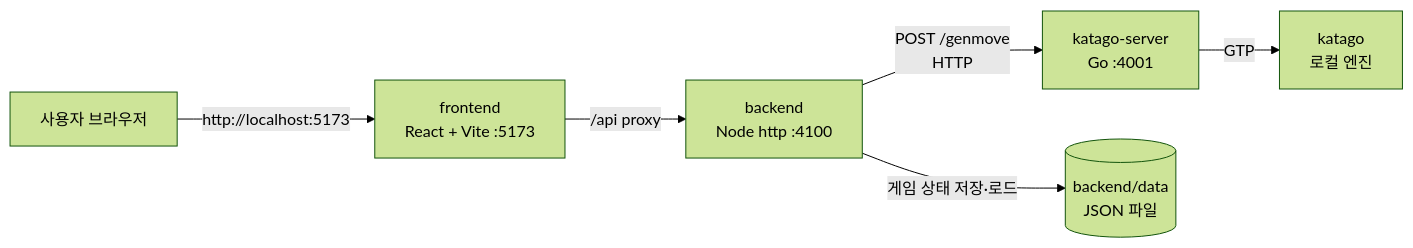
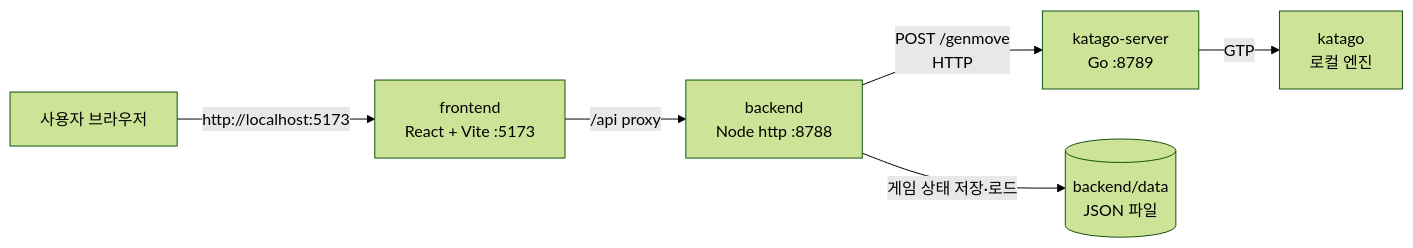
The diagram in README.md (ryujt/play361), drawn with Mermaid (forest theme) before and after one commit. The commit also changed other lines of this file and 6 other files, not shown here.

First line of the commit message:
feat: 루트 run.sh 추가 및 포트 변경(backend 8788 · katago-server 8789)

````diff
--- a/README.md
+++ b/README.md
@@ -9,8 +9,8 @@
 ```mermaid
 graph LR
   U["사용자 브라우저"] -->|"http://localhost:5173"| FE["frontend<br/>React + Vite :5173"]
-  FE -->|"/api proxy"| BE["backend<br/>Node http :4100"]
-  BE -->|"POST /genmove<br/>HTTP"| KS["katago-server<br/>Go :4001"]
+  FE -->|"/api proxy"| BE["backend<br/>Node http :8788"]
+  BE -->|"POST /genmove<br/>HTTP"| KS["katago-server<br/>Go :8789"]
   KS -->|"GTP"| KG["katago<br/>로컬 엔진"]
   BE -->|"게임 상태 저장·로드"| FS[("backend/data<br/>JSON 파일")]
 ```
````
